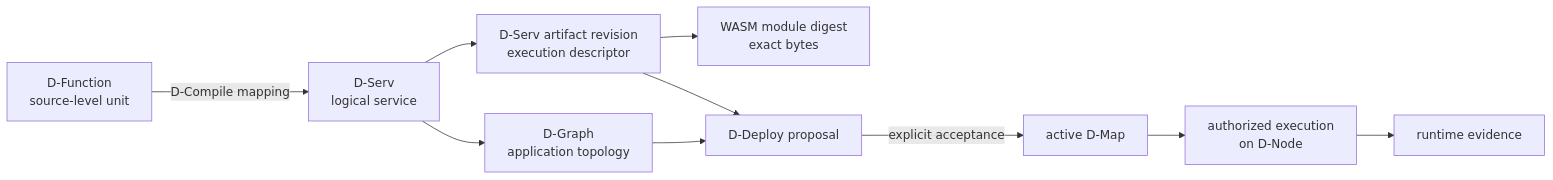
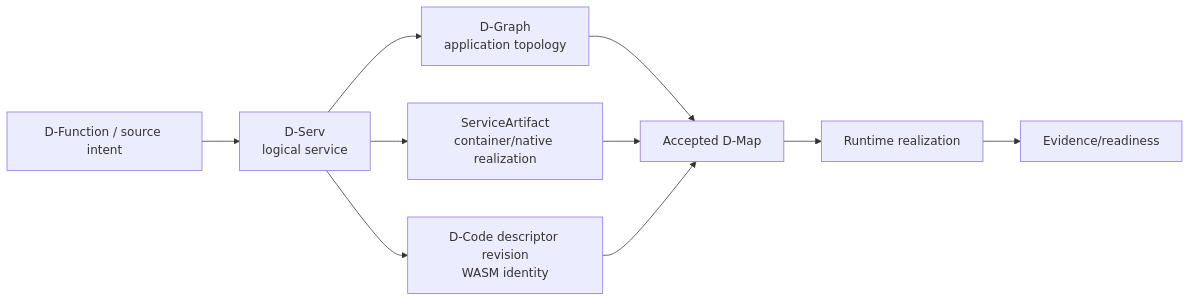
Before and after one commit to dnredson/datum-docs: the first of 2 diagrams in docs/architecture/software-components.md, drawn with Mermaid. The commit also changed other lines of this file, not shown here.

````diff
--- a/docs/architecture/software-components.md
+++ b/docs/architecture/software-components.md
@@ -7,12 +7,12 @@
 ```mermaid
 flowchart LR
-    F["D-Function\nsource-level unit"] -->|"D-Compile mapping"| S["D-Serv\nlogical service"]
+    F["D-Function / source intent"] --> S["D-Serv\nlogical service"]
     S --> G["D-Graph\napplication topology"]
-    S --> A["D-Serv artifact revision\nexecution descriptor"]
-    A --> W["WASM module digest\nexact bytes"]
-    G --> P["D-Deploy proposal"]
-    A --> P
-    P -->|"explicit acceptance"| M["active D-Map"]
-    M --> E["authorized execution\non D-Node"]
-    E --> O["runtime evidence"]
+    S --> SA["ServiceArtifact\ncontainer/native realization"]
+    S --> DA["D-Code descriptor revision\nWASM identity"]
+    G --> M["Accepted D-Map"]
+    SA --> M
+    DA --> M
+    M --> R["Runtime realization"]
+    R --> E["Evidence/readiness"]
 ```
````
